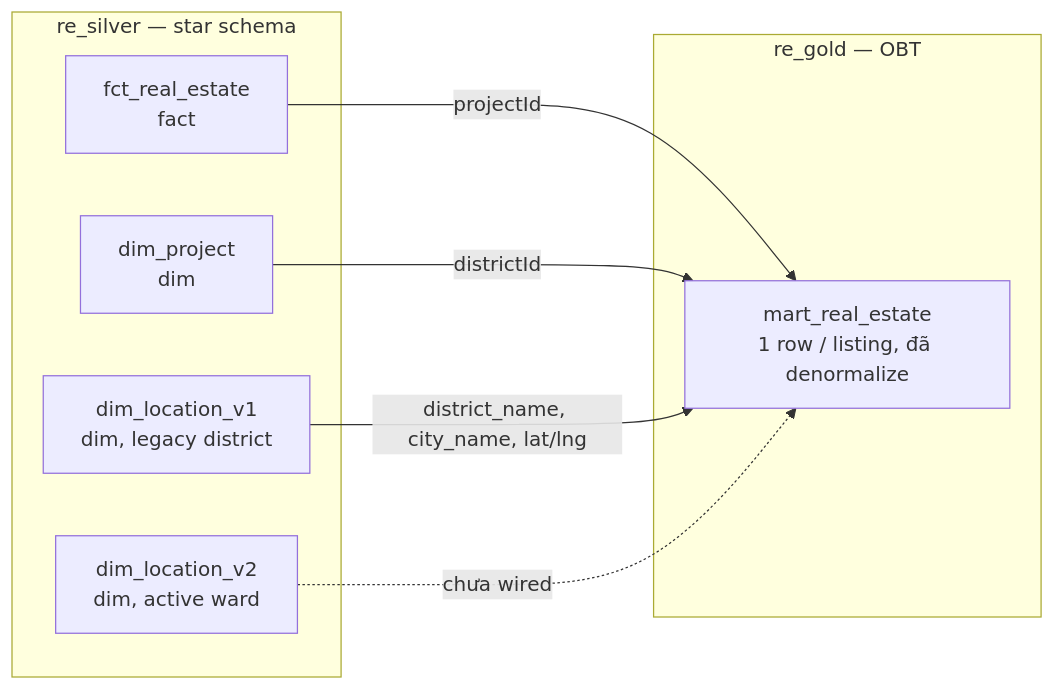
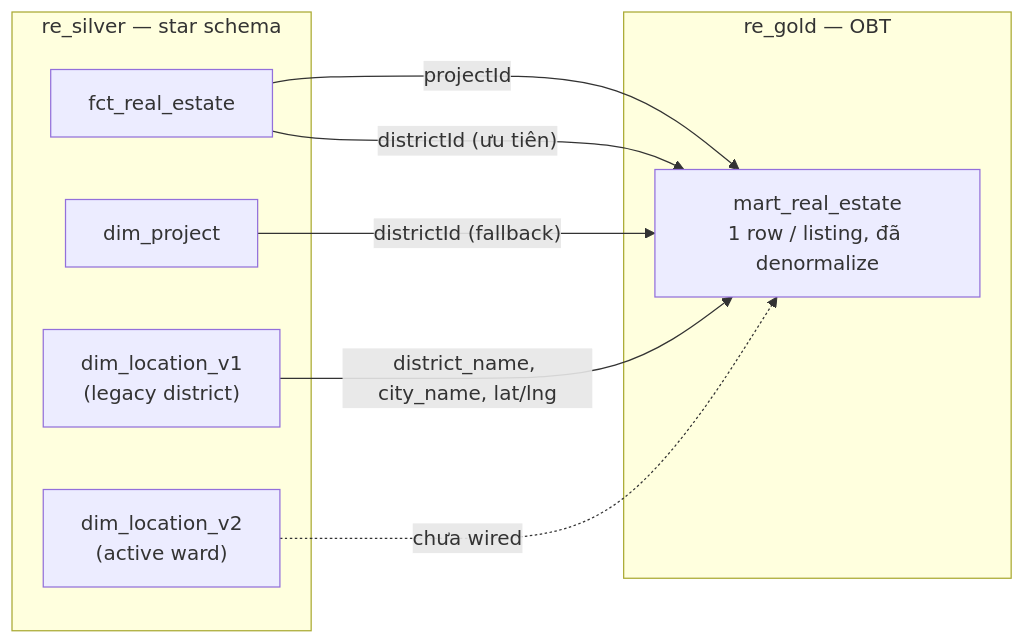
Before and after one commit to DataSpi/scrape-batdongsan-data: the second of 2 diagrams in docs/data-modeling.md, drawn with Mermaid. The commit also changed other lines of this file and 5 other files, not shown here.

````diff
--- a/docs/data-modeling.md
+++ b/docs/data-modeling.md
@@ -63,18 +82,19 @@
 ```mermaid
 flowchart LR
     subgraph Silver["re_silver — star schema"]
-        F[fct_real_estate<br/>fact]
-        P[dim_project<br/>dim]
-        L1[dim_location_v1<br/>dim, legacy district]
-        L2[dim_location_v2<br/>dim, active ward]
+        F[fct_real_estate]
+        P[dim_project]
+        L1["dim_location_v1<br/>(legacy district)"]
+        L2["dim_location_v2<br/>(active ward)"]
     end
 
     subgraph Gold["re_gold — OBT"]
         M[mart_real_estate<br/>1 row / listing, đã denormalize]
     end
 
     F -->|projectId| M
-    P -->|districtId| M
+    F -->|"districtId (ưu tiên)"| M
+    P -->|"districtId (fallback)"| M
     L1 -->|district_name, city_name, lat/lng| M
     L2 -.chưa wired.-> M
 ```
````
